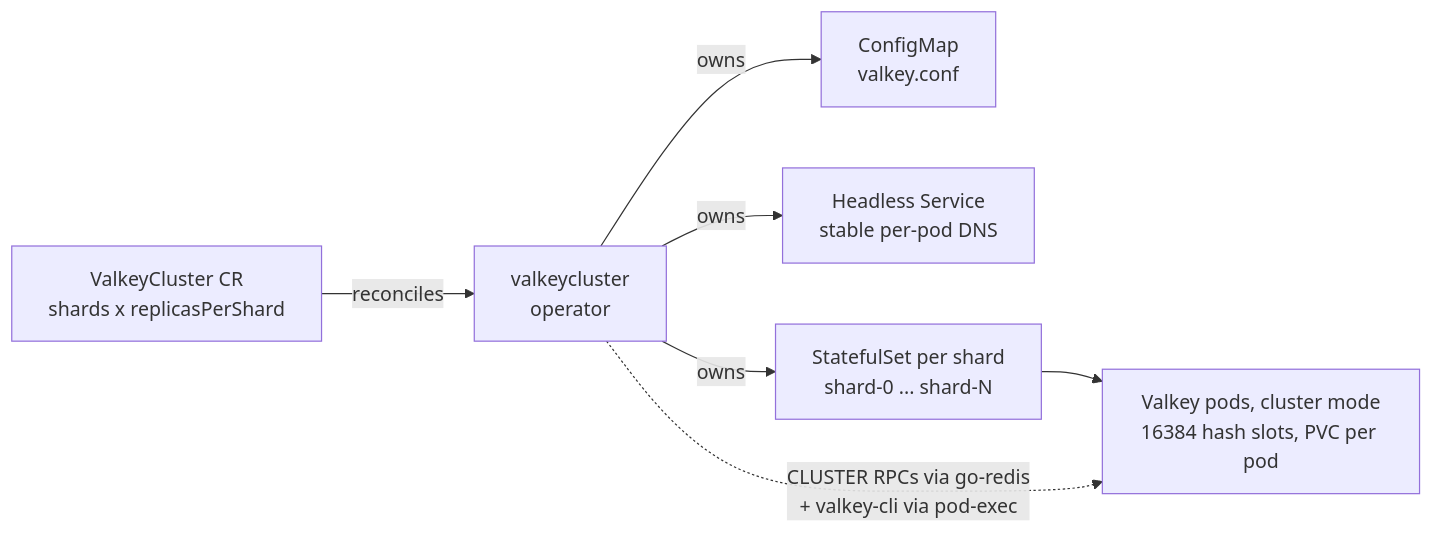
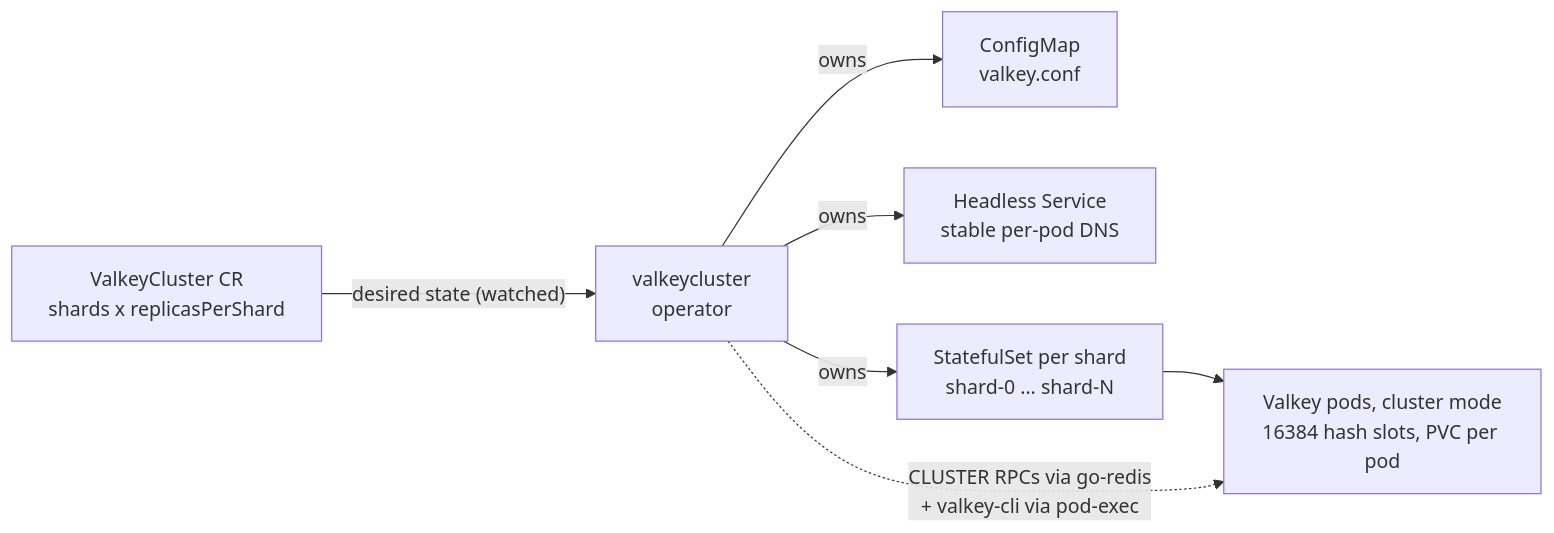
One commit to razkevich/valkeycluster-operator changed the first of 2 diagrams in README.md. Above: the diagram before and after it, drawn with Mermaid. The commit also changed 2 other files, not shown here.

Commit message:
docs: fix diagram edge label — CR is the operator's desired-state input, not 'reconciles'
The CR->operator arrow read as 'the CR reconciles the operator', which is
backwards. Relabel it 'desired state (watched)': the operator watches the CR and
reconciles the owned resources toward it.

````diff
--- a/README.md
+++ b/README.md
@@ -65,9 +65,9 @@
 ```mermaid
 flowchart LR
-  CR["ValkeyCluster CR<br/>shards x replicasPerShard"] -->|reconciles| OP["valkeycluster<br/>operator"]
+  CR["ValkeyCluster CR<br/>shards x replicasPerShard"] -->|"desired state (watched)"| OP["valkeycluster<br/>operator"]
   OP -->|owns| CM["ConfigMap<br/>valkey.conf"]
   OP -->|owns| SVC["Headless Service<br/>stable per-pod DNS"]
   OP -->|owns| STS["StatefulSet per shard<br/>shard-0 ... shard-N"]
   STS --> POD["Valkey pods, cluster mode<br/>16384 hash slots, PVC per pod"]
   OP -.->|"CLUSTER RPCs via go-redis<br/>+ valkey-cli via pod-exec"| POD
 ```
````
